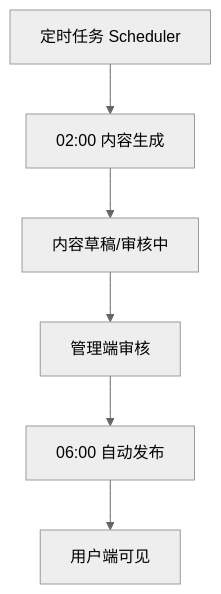
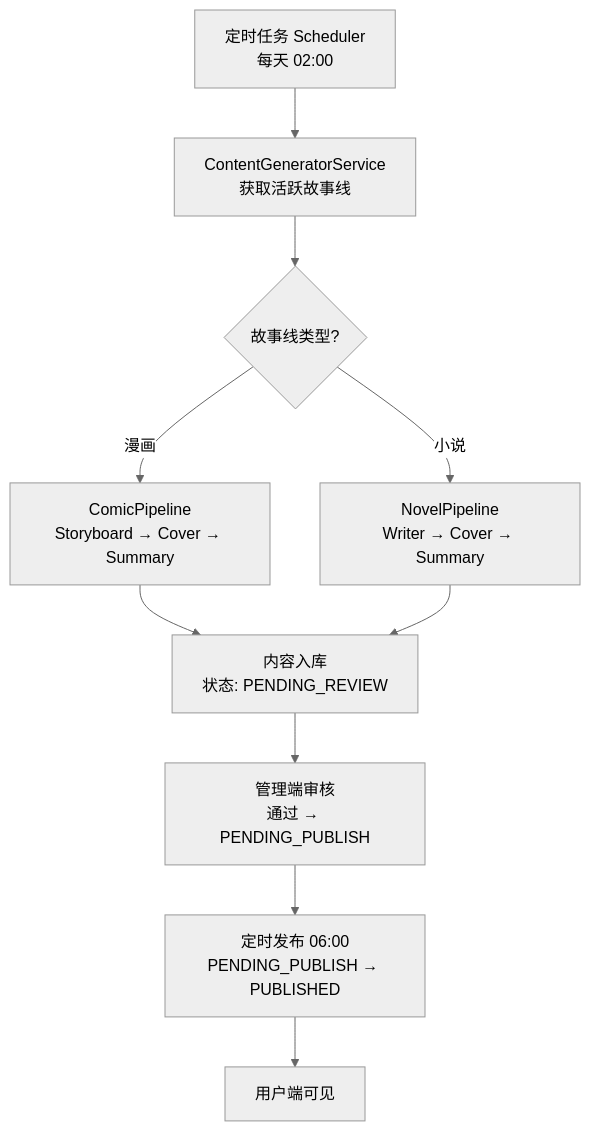
The fourth of 4 diagrams in README.md (zhulaoqi/comicsai), drawn with Mermaid (neutral theme) before and after one commit. The commit also changed other lines of this file, not shown here.

````diff
--- a/README.md
+++ b/README.md
@@ -132,15 +202,20 @@
 ```mermaid
 flowchart TD
-    SJ[定时任务 Scheduler] --> G[02:00 内容生成]
-    G --> C[内容草稿/审核中]
-    C --> A[管理端审核]
-    A --> P[06:00 自动发布]
-    P --> R[用户端可见]
+    SJ[定时任务 Scheduler<br/>每天 02:00] --> CGS[ContentGeneratorService<br/>获取活跃故事线]
+    CGS --> ROUTE{故事线类型?}
+    ROUTE -->|漫画| CP[ComicPipeline<br/>Storyboard → Cover → Summary]
+    ROUTE -->|小说| NP[NovelPipeline<br/>Writer → Cover → Summary]
+    CP --> CONTENT[内容入库<br/>状态: PENDING_REVIEW]
+    NP --> CONTENT
+    CONTENT --> ADMIN[管理端审核<br/>通过 → PENDING_PUBLISH]
+    ADMIN --> PUB[定时发布 06:00<br/>PENDING_PUBLISH → PUBLISHED]
+    PUB --> READER[用户端可见]
 
-    click SJ "./backend/src/main/java/com/comicsai/scheduler" "查看调度任务代码"
-    click G "./backend/src/main/java/com/comicsai/scheduler/ContentGenerationJob.java" "查看生成任务"
-    click C "./backend/src/main/java/com/comicsai/controller/admin/ContentManageController.java" "查看内容管理接口"
-    click A "./admin-portal/src/views" "查看管理端页面"
-    click P "./backend/src/main/java/com/comicsai/scheduler/ContentPublishingJob.java" "查看发布任务"
-    click R "./reader-app/src/views" "查看用户端页面"
+    click SJ "./backend/src/main/java/com/comicsai/scheduler/ContentGenerationJob.java" "查看生成任务"
+    click CGS "./backend/src/main/java/com/comicsai/service/ContentGeneratorService.java" "查看生成服务"
+    click CP "./backend/src/main/java/com/comicsai/ai/pipeline/ComicPipeline.java" "查看漫画流水线"
+    click NP "./backend/src/main/java/com/comicsai/ai/pipeline/NovelPipeline.java" "查看小说流水线"
+    click ADMIN "./admin-portal/src/views/ContentReview.vue" "查看审核页面"
+    click PUB "./backend/src/main/java/com/comicsai/scheduler/ContentPublishingJob.java" "查看发布任务"
+    click READER "./reader-app/src/views" "查看用户端页面"
 ```
````
